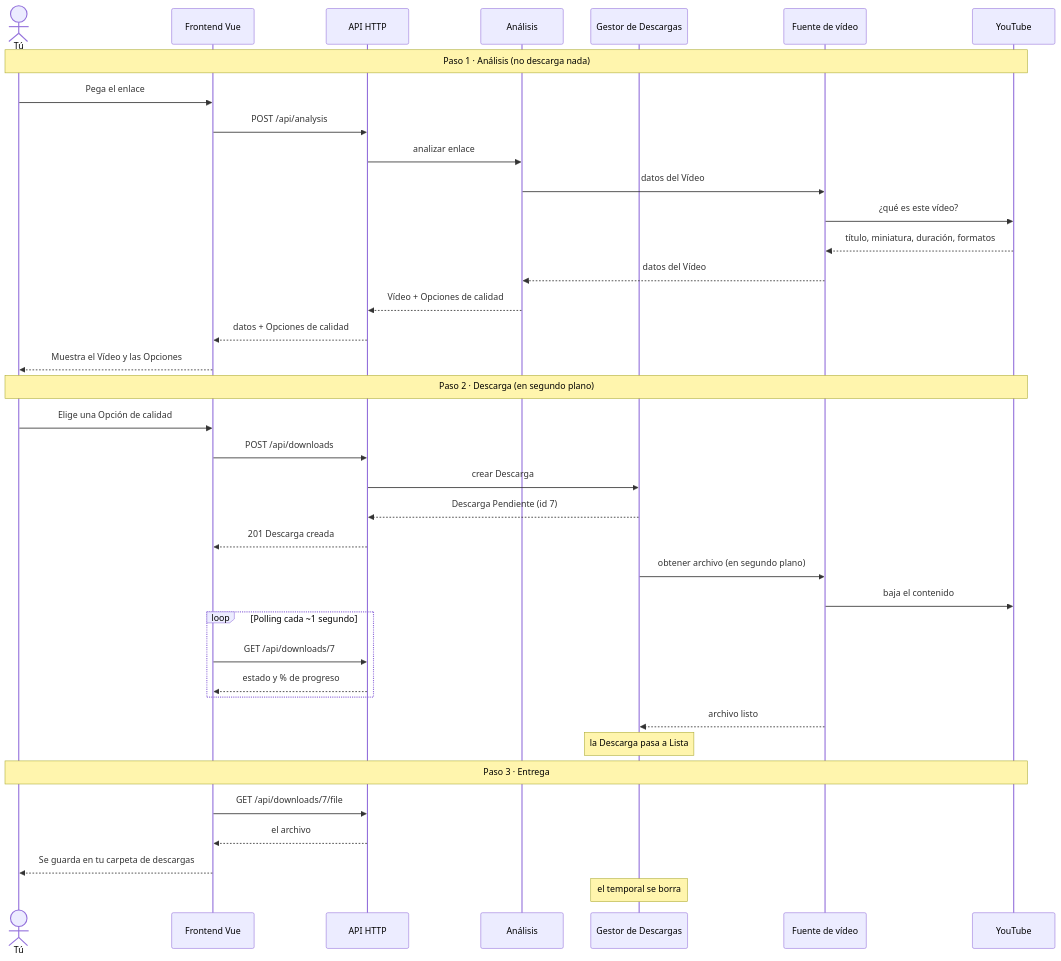
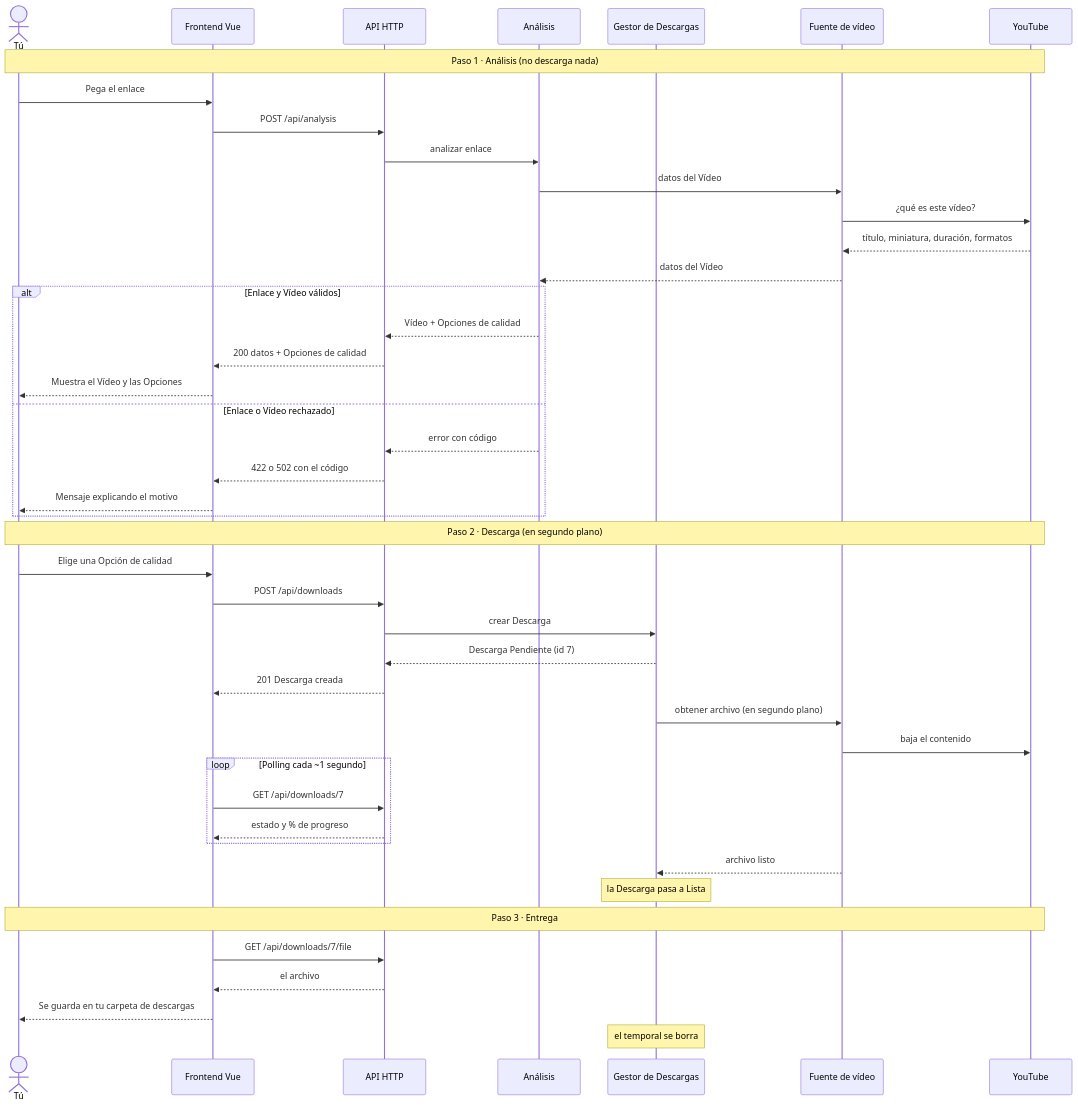
The second of 7 diagrams in docs/arquitectura.md (Kokon4/DonwloadYTLocalWeb), drawn with Mermaid before and after one commit. The commit also changed other lines of this file and 10 other files, not shown here.

````diff
--- a/docs/arquitectura.md
+++ b/docs/arquitectura.md
@@ -45,45 +45,51 @@
 ```mermaid
 sequenceDiagram
     actor U as Tú
     participant V as Frontend Vue
     participant A as API HTTP
     participant AN as Análisis
     participant G as Gestor de Descargas
     participant F as Fuente de vídeo
     participant Y as YouTube
 
     Note over U,Y: Paso 1 · Análisis (no descarga nada)
     U->>V: Pega el enlace
     V->>A: POST /api/analysis
     A->>AN: analizar enlace
     AN->>F: datos del Vídeo
     F->>Y: ¿qué es este vídeo?
     Y-->>F: título, miniatura, duración, formatos
     F-->>AN: datos del Vídeo
-    AN-->>A: Vídeo + Opciones de calidad
-    A-->>V: datos + Opciones de calidad
-    V-->>U: Muestra el Vídeo y las Opciones
+    alt Enlace y Vídeo válidos
+        AN-->>A: Vídeo + Opciones de calidad
+        A-->>V: 200 datos + Opciones de calidad
+        V-->>U: Muestra el Vídeo y las Opciones
+    else Enlace o Vídeo rechazado
+        AN-->>A: error con código
+        A-->>V: 422 o 502 con el código
+        V-->>U: Mensaje explicando el motivo
+    end
 
     Note over U,Y: Paso 2 · Descarga (en segundo plano)
     U->>V: Elige una Opción de calidad
     V->>A: POST /api/downloads
     A->>G: crear Descarga
     G-->>A: Descarga Pendiente (id 7)
     A-->>V: 201 Descarga creada
     G->>F: obtener archivo (en segundo plano)
     F->>Y: baja el contenido
 
     loop Polling cada ~1 segundo
         V->>A: GET /api/downloads/7
         A-->>V: estado y % de progreso
     end
 
     F-->>G: archivo listo
     Note over G: la Descarga pasa a Lista
 
     Note over U,Y: Paso 3 · Entrega
     V->>A: GET /api/downloads/7/file
     A-->>V: el archivo
     V-->>U: Se guarda en tu carpeta de descargas
     Note over G: el temporal se borra
 ```
````
